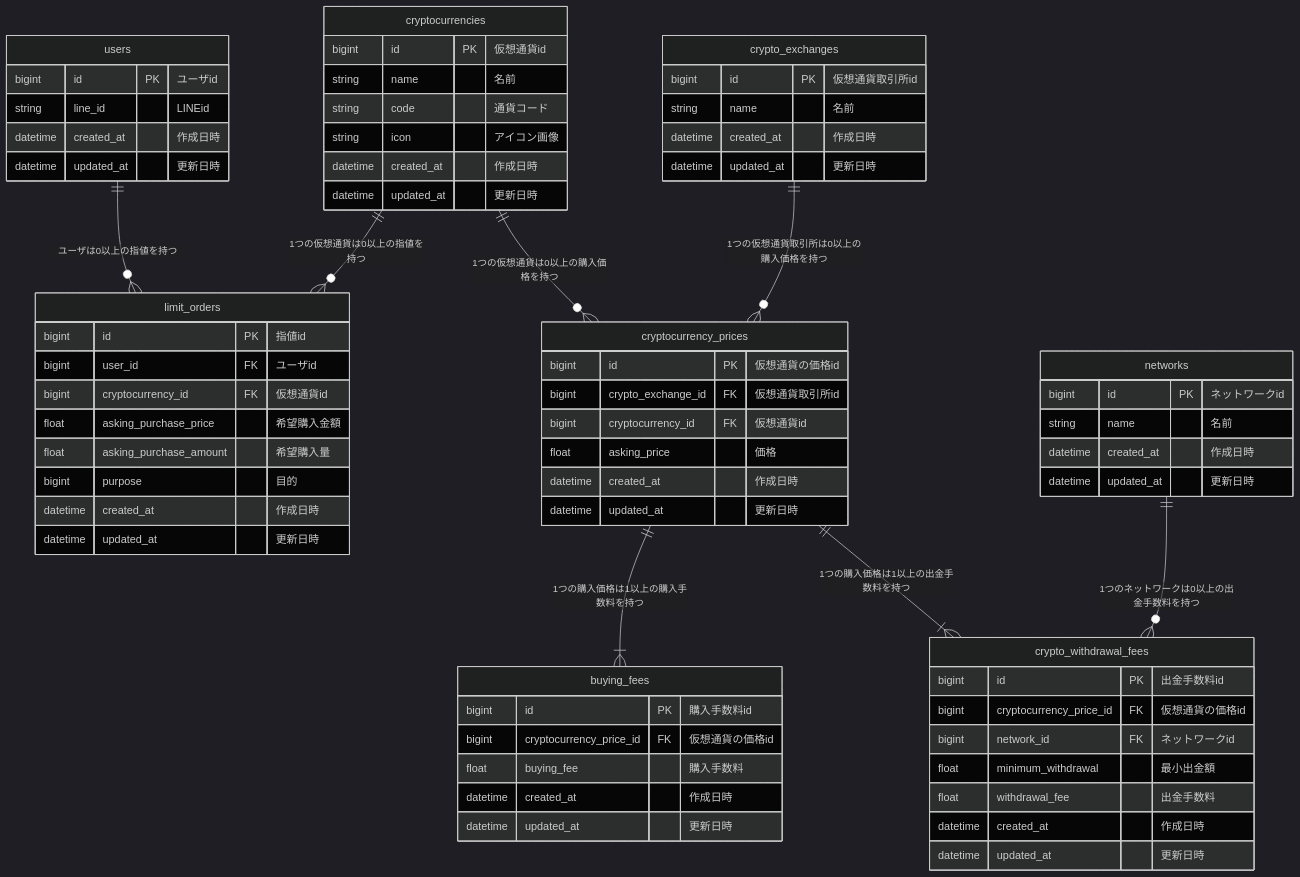
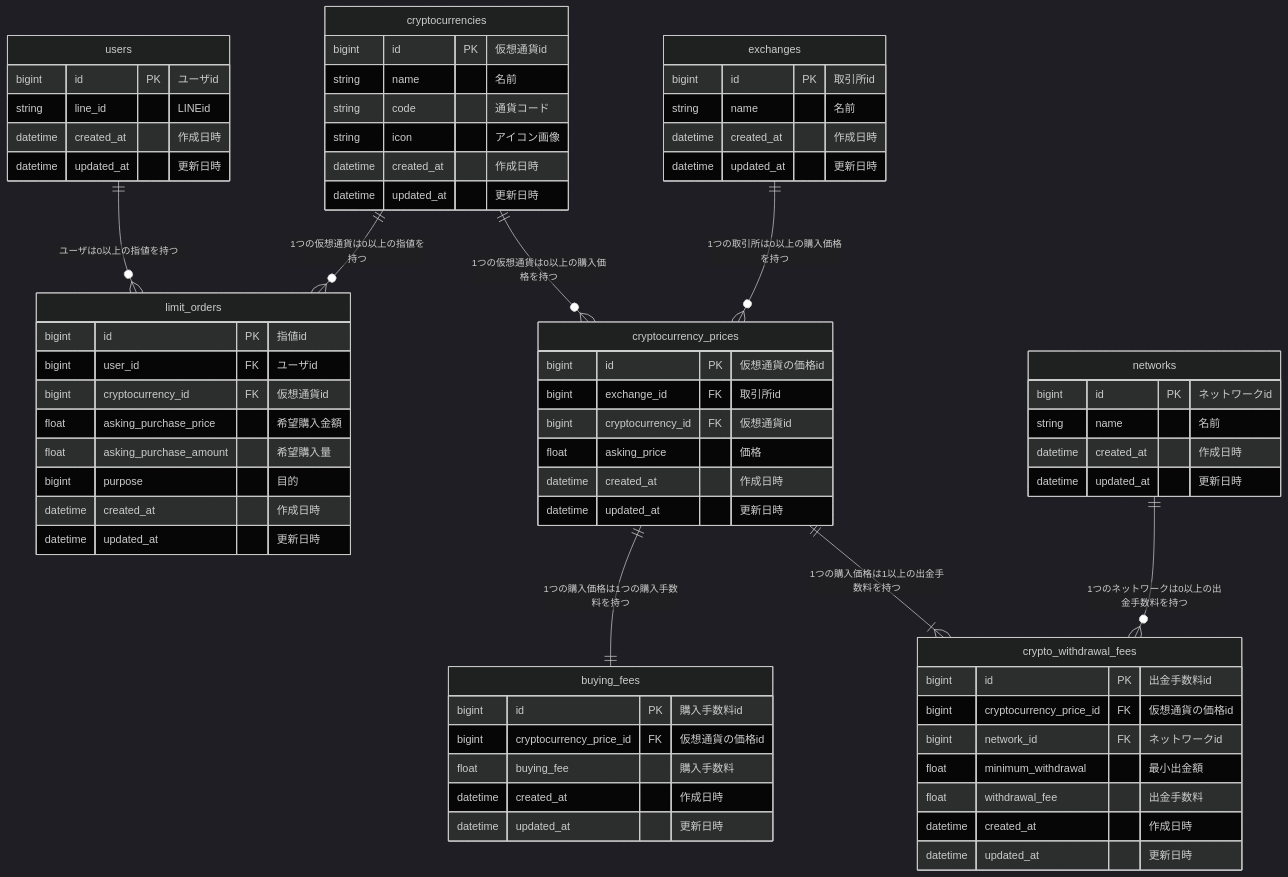
One commit to sato-takehiro/crypto-exchange changed the diagram in README.md. Above: the diagram before and after it, drawn with Mermaid (dark theme). The commit also changed other lines of this file and 24 other files, not shown here.

````diff
--- a/README.md
+++ b/README.md
@@ -80,80 +80,80 @@
 ```mermaid
 erDiagram
 
 users ||--o{ limit_orders : "ユーザは0以上の指値を持つ"
 cryptocurrencies ||--o{ limit_orders : "1つの仮想通貨は0以上の指値を持つ"
 cryptocurrencies ||--o{ cryptocurrency_prices : "1つの仮想通貨は0以上の購入価格を持つ"
-crypto_exchanges ||--o{ cryptocurrency_prices : "1つの仮想通貨取引所は0以上の購入価格を持つ"
-cryptocurrency_prices ||--|{ buying_fees : "1つの購入価格は1以上の購入手数料を持つ"
+exchanges ||--o{ cryptocurrency_prices : "1つの取引所は0以上の購入価格を持つ"
+cryptocurrency_prices ||--|| buying_fees : "1つの購入価格は1つの購入手数料を持つ"
 cryptocurrency_prices ||--|{ crypto_withdrawal_fees : "1つの購入価格は1以上の出金手数料を持つ"
 networks ||--o{ crypto_withdrawal_fees : "1つのネットワークは0以上の出金手数料を持つ"
 
 users {
     bigint id PK "ユーザid"
     string line_id "LINEid"
     datetime created_at "作成日時"
     datetime updated_at "更新日時"
 }
 
 limit_orders {
     bigint id PK "指値id"
     bigint user_id FK "ユーザid"
     bigint cryptocurrency_id FK "仮想通貨id"
     float asking_purchase_price "希望購入金額"
     float asking_purchase_amount "希望購入量"
     bigint purpose "目的"
     datetime created_at "作成日時"
     datetime updated_at "更新日時"
 }
 
 cryptocurrencies {
     bigint id PK "仮想通貨id"
     string name "名前"
     string code "通貨コード"
     string icon "アイコン画像"
     datetime created_at "作成日時"
     datetime updated_at "更新日時"
 }
 
 networks {
     bigint id PK "ネットワークid"
     string name "名前"
     datetime created_at "作成日時"
     datetime updated_at "更新日時"
 }
 
-crypto_exchanges {
-    bigint id PK "仮想通貨取引所id"
+exchanges {
+    bigint id PK "取引所id"
     string name "名前"
     datetime created_at "作成日時"
     datetime updated_at "更新日時"
 }
 
 cryptocurrency_prices {
     bigint id PK "仮想通貨の価格id"
-    bigint crypto_exchange_id FK "仮想通貨取引所id"
+    bigint exchange_id FK "取引所id"
     bigint cryptocurrency_id FK "仮想通貨id"
     float asking_price "価格"
     datetime created_at "作成日時"
     datetime updated_at "更新日時"
 }
 
 crypto_withdrawal_fees {
     bigint id PK "出金手数料id"
     bigint cryptocurrency_price_id FK "仮想通貨の価格id"
     bigint network_id FK "ネットワークid"
     float minimum_withdrawal "最小出金額"
     float withdrawal_fee "出金手数料"
     datetime created_at "作成日時"
     datetime updated_at "更新日時"
 }
 
 buying_fees {
     bigint id PK "購入手数料id"
     bigint cryptocurrency_price_id FK "仮想通貨の価格id"
     float buying_fee "購入手数料"
     datetime created_at "作成日時"
     datetime updated_at "更新日時"
 }
 
 ```
````
